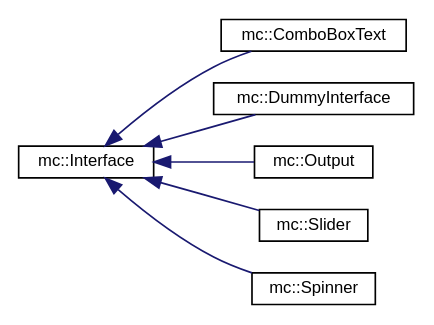
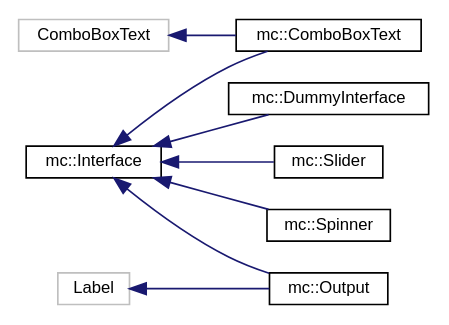
The diagram in docs/inherit_graph_2.dot (mjhouse/mcalc), drawn with Graphviz before and after one commit. The commit also changed 54 other files, not shown here.

```diff
--- a/docs/inherit_graph_2.dot
+++ b/docs/inherit_graph_2.dot
@@ -1,17 +1,21 @@
 digraph "Graphical Class Hierarchy"
 {
   edge [fontname="Helvetica",fontsize="10",labelfontname="Helvetica",labelfontsize="10"];
   node [fontname="Helvetica",fontsize="10",shape=record];
   rankdir="LR";
-  Node1 [label="mc::Interface",height=0.2,width=0.4,color="black", fillcolor="white", style="filled",URL="$classmc_1_1Interface.html"];
+  Node1 [label="ComboBoxText",height=0.2,width=0.4,color="grey75", fillcolor="white", style="filled"];
   Node1 -> Node2 [dir="back",color="midnightblue",fontsize="10",style="solid",fontname="Helvetica"];
   Node2 [label="mc::ComboBoxText",height=0.2,width=0.4,color="black", fillcolor="white", style="filled",URL="$classmc_1_1ComboBoxText.html"];
-  Node1 -> Node3 [dir="back",color="midnightblue",fontsize="10",style="solid",fontname="Helvetica"];
-  Node3 [label="mc::DummyInterface",height=0.2,width=0.4,color="black", fillcolor="white", style="filled",URL="$classmc_1_1DummyInterface.html"];
-  Node1 -> Node4 [dir="back",color="midnightblue",fontsize="10",style="solid",fontname="Helvetica"];
-  Node4 [label="mc::Output",height=0.2,width=0.4,color="black", fillcolor="white", style="filled",URL="$classmc_1_1Output.html"];
-  Node1 -> Node5 [dir="back",color="midnightblue",fontsize="10",style="solid",fontname="Helvetica"];
-  Node5 [label="mc::Slider",height=0.2,width=0.4,color="black", fillcolor="white", style="filled",URL="$classmc_1_1Slider.html"];
-  Node1 -> Node6 [dir="back",color="midnightblue",fontsize="10",style="solid",fontname="Helvetica"];
-  Node6 [label="mc::Spinner",height=0.2,width=0.4,color="black", fillcolor="white", style="filled",URL="$classmc_1_1Spinner.html"];
+  Node3 [label="mc::Interface",height=0.2,width=0.4,color="black", fillcolor="white", style="filled",URL="$classmc_1_1Interface.html"];
+  Node3 -> Node2 [dir="back",color="midnightblue",fontsize="10",style="solid",fontname="Helvetica"];
+  Node3 -> Node4 [dir="back",color="midnightblue",fontsize="10",style="solid",fontname="Helvetica"];
+  Node4 [label="mc::DummyInterface",height=0.2,width=0.4,color="black", fillcolor="white", style="filled",URL="$classmc_1_1DummyInterface.html"];
+  Node3 -> Node5 [dir="back",color="midnightblue",fontsize="10",style="solid",fontname="Helvetica"];
+  Node5 [label="mc::Output",height=0.2,width=0.4,color="black", fillcolor="white", style="filled",URL="$classmc_1_1Output.html"];
+  Node3 -> Node6 [dir="back",color="midnightblue",fontsize="10",style="solid",fontname="Helvetica"];
+  Node6 [label="mc::Slider",height=0.2,width=0.4,color="black", fillcolor="white", style="filled",URL="$classmc_1_1Slider.html"];
+  Node3 -> Node7 [dir="back",color="midnightblue",fontsize="10",style="solid",fontname="Helvetica"];
+  Node7 [label="mc::Spinner",height=0.2,width=0.4,color="black", fillcolor="white", style="filled",URL="$classmc_1_1Spinner.html"];
+  Node8 [label="Label",height=0.2,width=0.4,color="grey75", fillcolor="white", style="filled"];
+  Node8 -> Node5 [dir="back",color="midnightblue",fontsize="10",style="solid",fontname="Helvetica"];
 }
```
